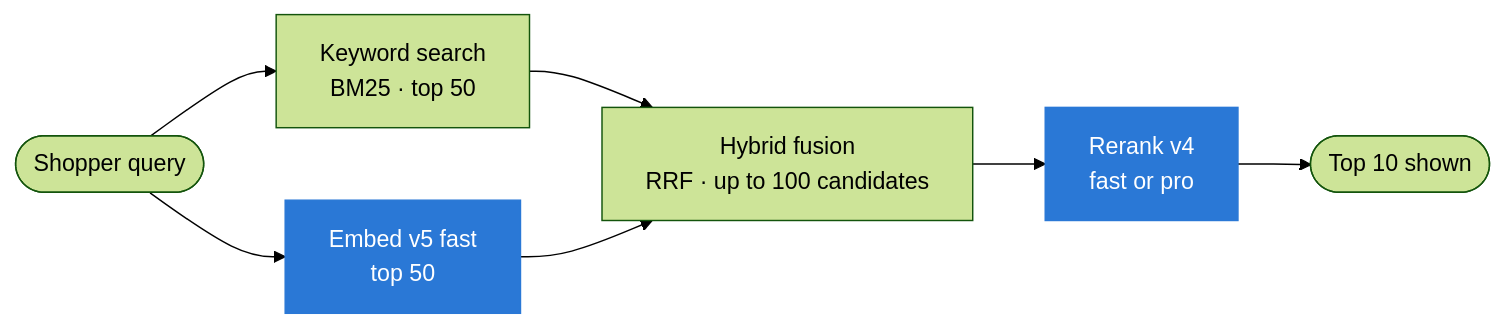
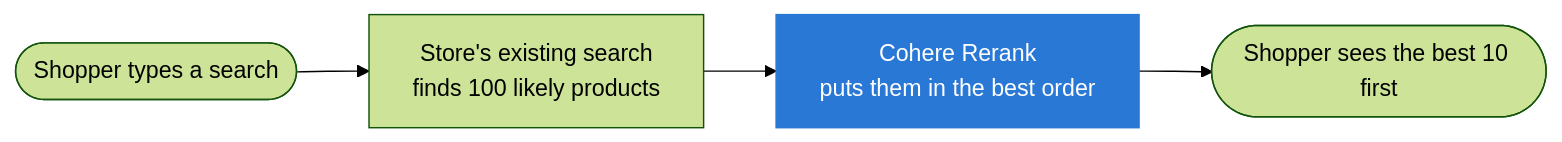
One commit to juanpsav/rerank-fitment-search changed the diagram in README.md. Above: the diagram before and after it, drawn with Mermaid (forest theme). The commit also changed other lines of this file and 8 other files, not shown here.

````diff
--- a/README.md
+++ b/README.md
@@ -33,11 +35,8 @@
 ```mermaid
 flowchart LR
-    Q([Shopper query]) --> BM25[Keyword search<br/>BM25 · top 50]
-    Q --> EMB[Embed v5 fast<br/>top 50]
-    BM25 --> RRF[Hybrid fusion<br/>RRF · up to 100 candidates]
-    EMB --> RRF
-    RRF --> RR[Rerank v4<br/>fast or pro]
-    RR --> R([Top 10 shown])
+    Q([Shopper types a search]) --> S[Store's existing search<br/>finds 100 likely products]
+    S --> R[Cohere Rerank<br/>puts them in the best order]
+    R --> P([Shopper sees the best 10 first])
     classDef cohere fill:#2a78d6,stroke:#2a78d6,color:#ffffff
-    class EMB,RR cohere
+    class R cohere
 ```
````
